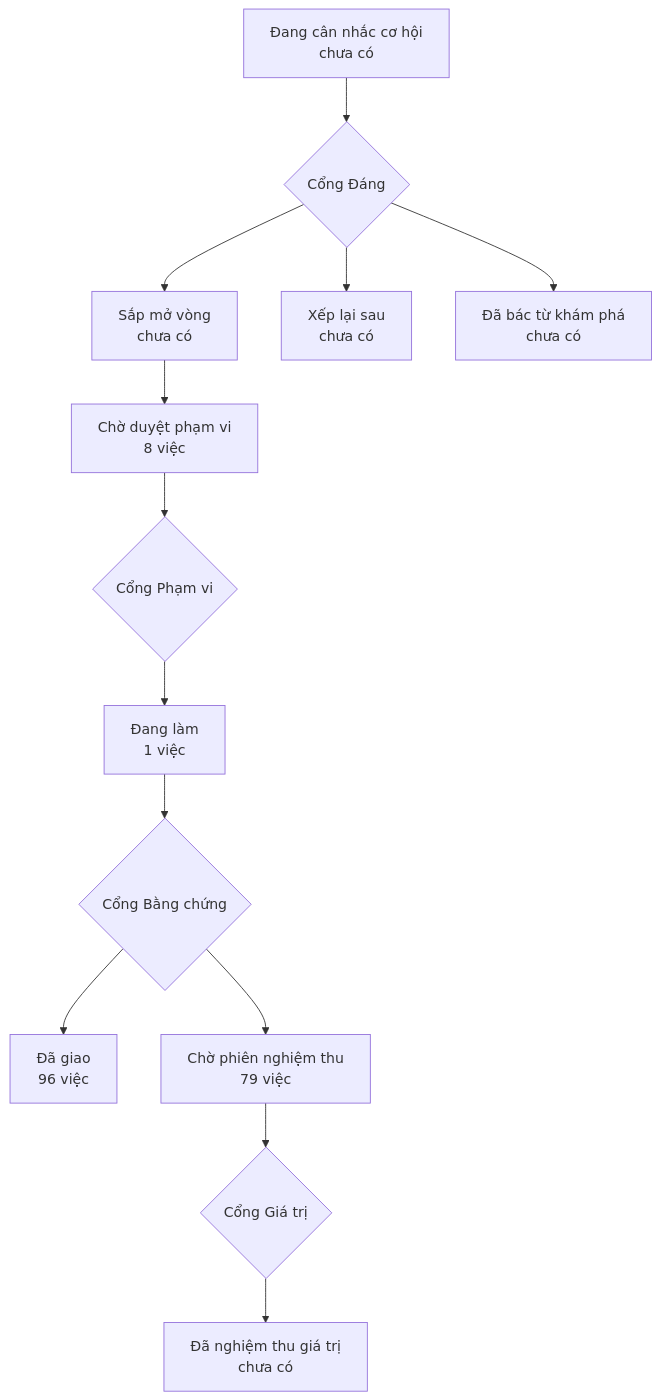
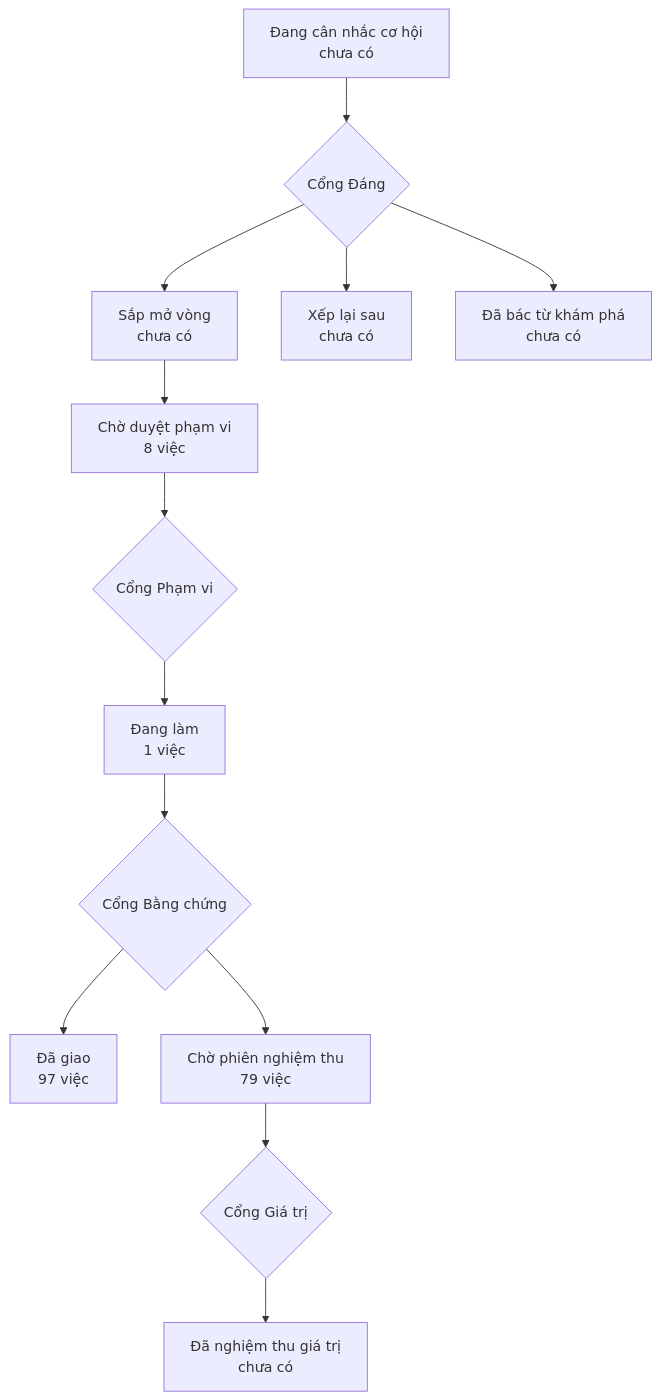
One commit to phanlemanh/onehub-invest changed the diagram in PRODUCT-MAP.md. Above: the diagram before and after it, drawn with Mermaid. The commit also changed other lines of this file and 1 other file, not shown here.

Commit message:
chore(acceptance): vẽ lại bản đồ sau gộp main

````diff
--- a/PRODUCT-MAP.md
+++ b/PRODUCT-MAP.md
@@ -7,12 +7,12 @@
 ```mermaid
 flowchart TD
   A["Đang cân nhắc cơ hội<br/>chưa có"] --> GD{"Cổng Đáng"}
   GD --> B["Sắp mở vòng<br/>chưa có"]
   GD --> XL["Xếp lại sau<br/>chưa có"]
   GD --> DB["Đã bác từ khám phá<br/>chưa có"]
   B --> CD["Chờ duyệt phạm vi<br/>8 việc"] --> GP{"Cổng Phạm vi"}
   GP --> DL["Đang làm<br/>1 việc"] --> GB{"Cổng Bằng chứng"}
-  GB --> DG["Đã giao<br/>96 việc"]
+  GB --> DG["Đã giao<br/>97 việc"]
   GB --> CN["Chờ phiên nghiệm thu<br/>79 việc"] --> GG{"Cổng Giá trị"}
   GG --> NT["Đã nghiệm thu giá trị<br/>chưa có"]
 ```
````
